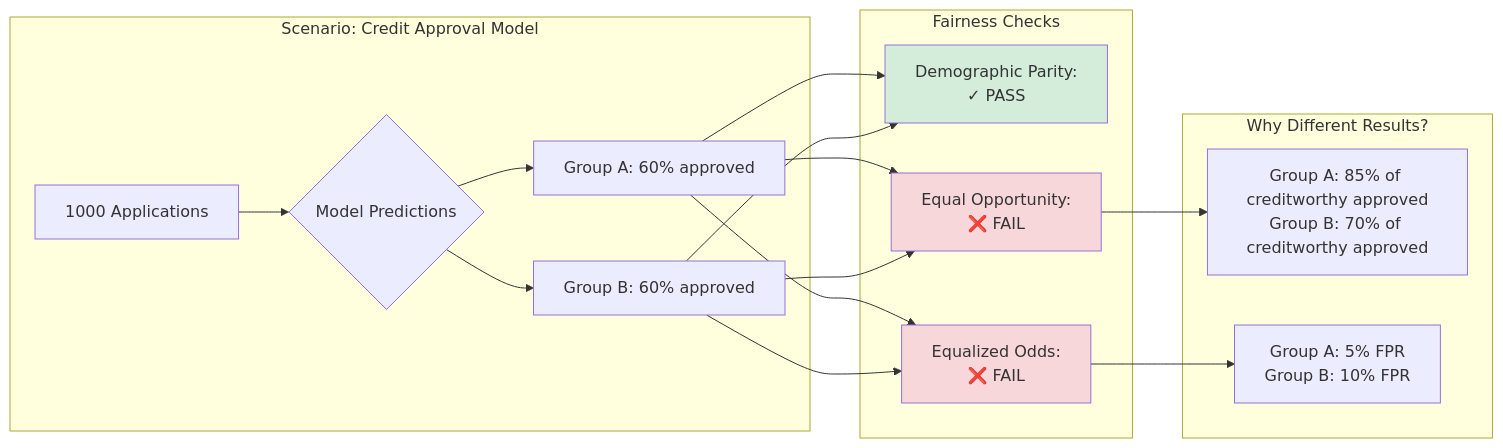
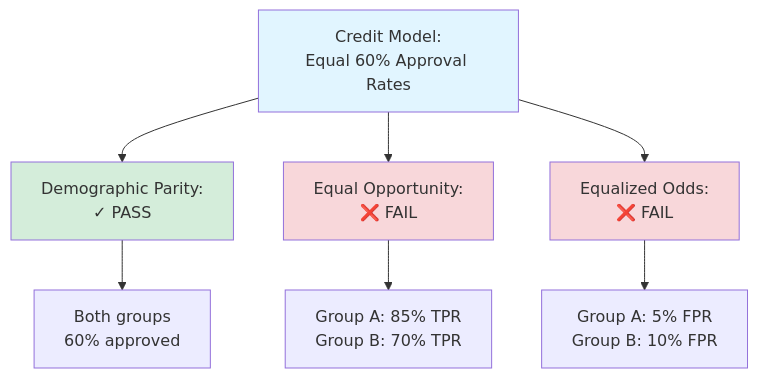
One commit to asibic/glassalpha changed the second of 3 diagrams in site/docs/guides/fairness-101.md. Above: the diagram before and after it, drawn with Mermaid. The commit also changed other lines of this file and 14 other files, not shown here.

````diff
--- a/site/docs/guides/fairness-101.md
+++ b/site/docs/guides/fairness-101.md
@@ -172,28 +177,17 @@
 ```mermaid
-graph LR
-    subgraph "Scenario: Credit Approval Model"
-        A[1000 Applications] --> B{Model Predictions}
-        B --> C[Group A: 60% approved]
-        B --> D[Group B: 60% approved]
-    end
+graph TB
+    A[Credit Model:<br/>Equal 60% Approval Rates]
 
-    subgraph "Fairness Checks"
-        C --> E1[Demographic Parity:<br/>✓ PASS]
-        D --> E1
+    A --> DP[Demographic Parity:<br/>✓ PASS]
+    A --> EO[Equal Opportunity:<br/>❌ FAIL]
+    A --> EOdds[Equalized Odds:<br/>❌ FAIL]
 
-        C --> E2[Equal Opportunity:<br/>❌ FAIL]
-        D --> E2
+    DP --> DPWhy[Both groups<br/>60% approved]
+    EO --> EOWhy[Group A: 85% TPR<br/>Group B: 70% TPR]
+    EOdds --> EOddsWhy[Group A: 5% FPR<br/>Group B: 10% FPR]
 
-        C --> E3[Equalized Odds:<br/>❌ FAIL]
-        D --> E3
-    end
-
-    subgraph "Why Different Results?"
-        E2 --> F[Group A: 85% of creditworthy approved<br/>Group B: 70% of creditworthy approved]
-        E3 --> G[Group A: 5% FPR<br/>Group B: 10% FPR]
-    end
-
-    style E1 fill:#d4edda
-    style E2 fill:#f8d7da
-    style E3 fill:#f8d7da
+    style A fill:#e1f5ff
+    style DP fill:#d4edda
+    style EO fill:#f8d7da
+    style EOdds fill:#f8d7da
 ```
````
